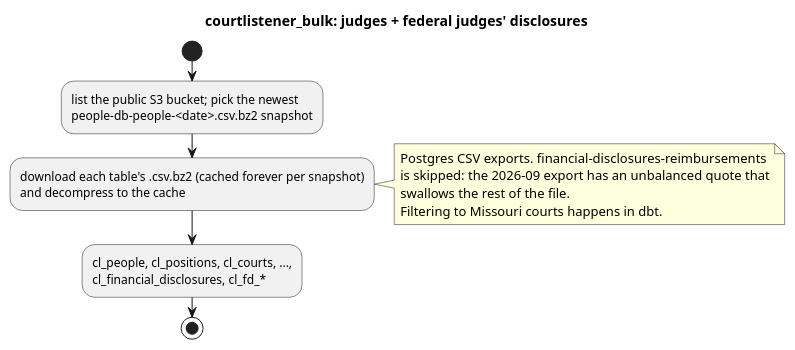
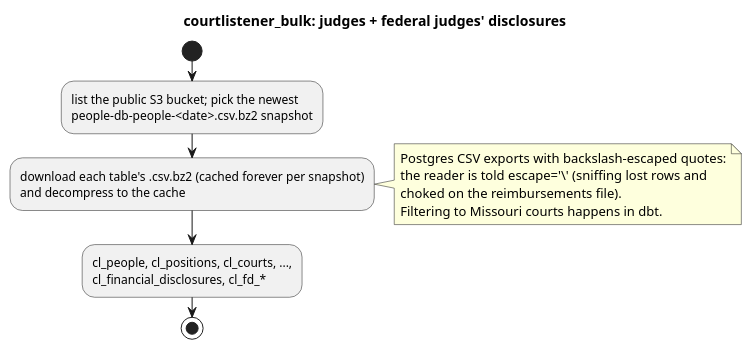
Before and after one commit to akettmann/missouri_gov_feed: the diagram in docs/diagrams/sources/courtlistener_bulk.puml, drawn with PlantUML. The commit also changed 9 other files, not shown here.

First line of the commit message:
Stop CSV loaders silently dropping rows: set quote/escape explicitly

```diff
--- a/docs/diagrams/sources/courtlistener_bulk.puml
+++ b/docs/diagrams/sources/courtlistener_bulk.puml
@@ -1,17 +1,17 @@
 @startuml courtlistener_bulk
 title courtlistener_bulk: judges + federal judges' disclosures
 start
 :list the public S3 bucket; pick the newest
 people-db-people-<date>.csv.bz2 snapshot;
 :download each table's .csv.bz2 (cached forever per snapshot)
 and decompress to the cache;
 note right
-  Postgres CSV exports. financial-disclosures-reimbursements
-  is skipped: the 2026-09 export has an unbalanced quote that
-  swallows the rest of the file.
+  Postgres CSV exports with backslash-escaped quotes:
+  the reader is told escape='\' (sniffing lost rows and
+  choked on the reimbursements file).
   Filtering to Missouri courts happens in dbt.
 end note
 :cl_people, cl_positions, cl_courts, ...,
 cl_financial_disclosures, cl_fd_*;
 stop
 @enduml
```
